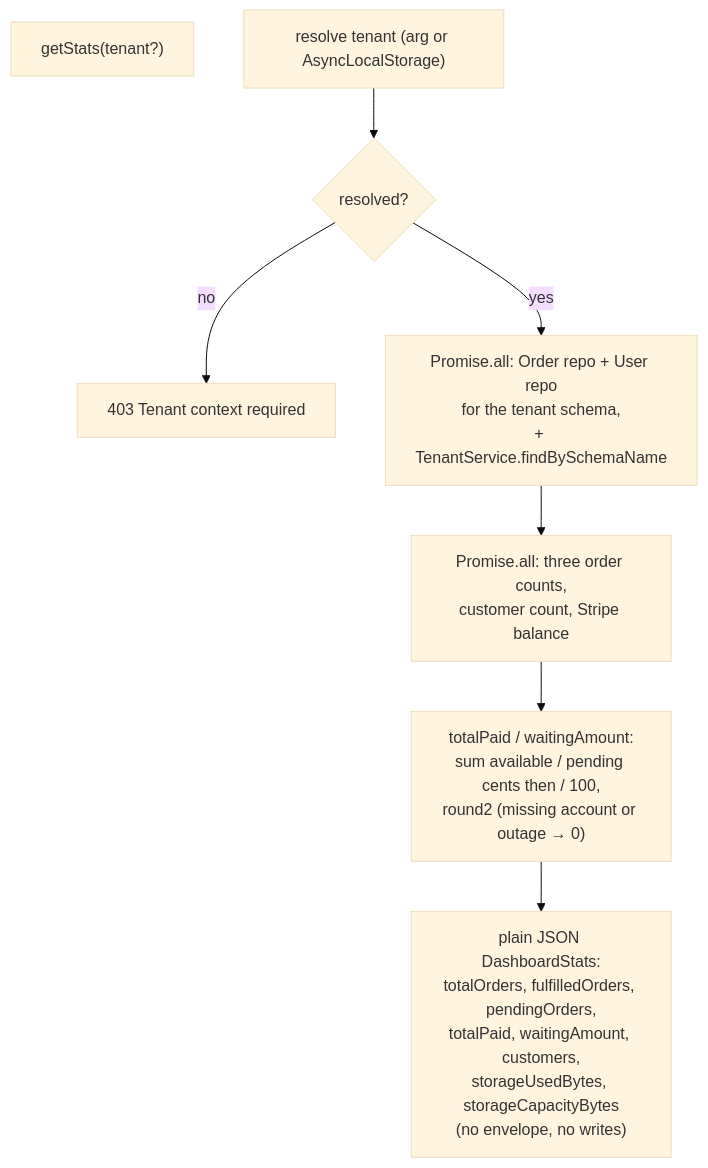
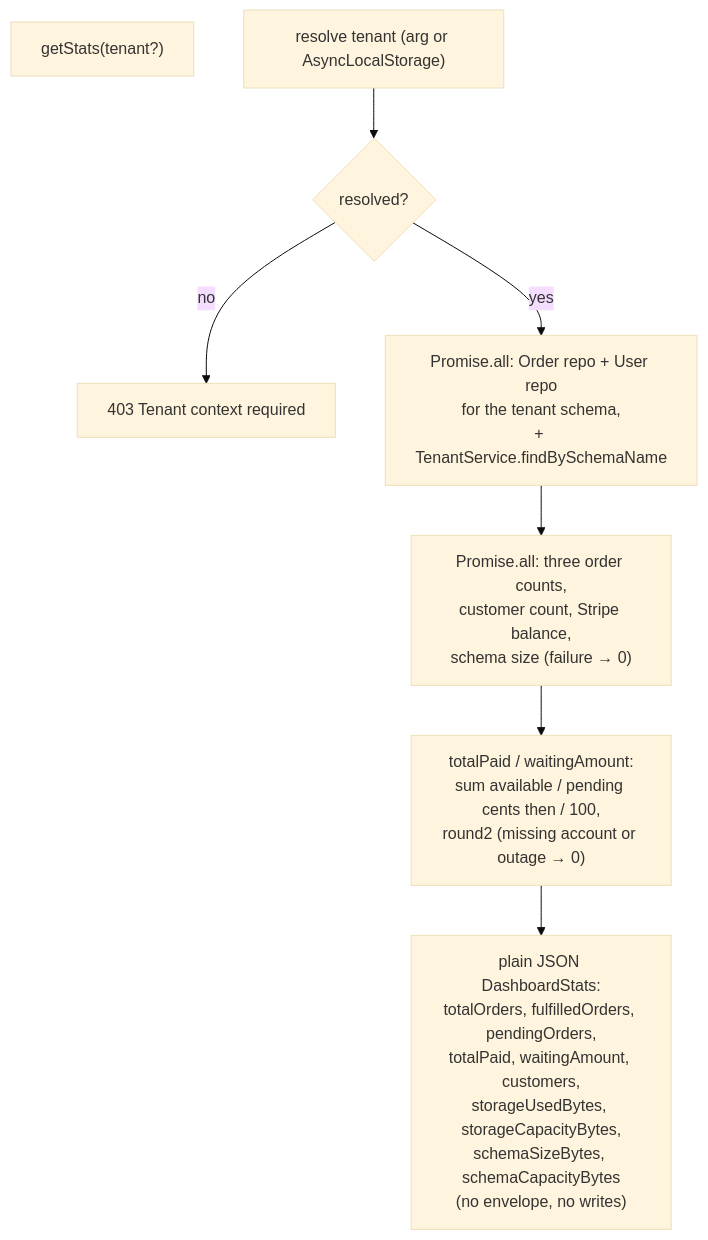
Before and after one commit to DevBassel/saas_commerce: the second of 2 diagrams in apps/api/src/modules/dashboard/workflow.md, drawn with Mermaid (base theme). The commit also changed other lines of this file and 158 other files, not shown here.

````diff
--- a/apps/api/src/modules/dashboard/workflow.md
+++ b/apps/api/src/modules/dashboard/workflow.md
@@ -30,10 +32,10 @@
 ```mermaid
 flowchart TD
     GS["getStats(tenant?)"]
         G0["resolve tenant (arg or AsyncLocalStorage)"] --> G1{"resolved?"}
         G1 -->|"no"| G1E["403 Tenant context required"]
         G1 -->|"yes"| G2["Promise.all: Order repo + User repo<br/>for the tenant schema,<br/>+ TenantService.findBySchemaName"]
-        G2 --> G3["Promise.all: three order counts,<br/>customer count, Stripe balance"]
+        G2 --> G3["Promise.all: three order counts,<br/>customer count, Stripe balance,<br/>schema size (failure → 0)"]
         G3 --> G4["totalPaid / waitingAmount:<br/>sum available / pending cents then / 100,<br/>round2 (missing account or outage → 0)"]
-        G4 --> G5["plain JSON DashboardStats:<br/>totalOrders, fulfilledOrders, pendingOrders,<br/>totalPaid, waitingAmount, customers,<br/>storageUsedBytes, storageCapacityBytes<br/>(no envelope, no writes)"]
+        G4 --> G5["plain JSON DashboardStats:<br/>totalOrders, fulfilledOrders, pendingOrders,<br/>totalPaid, waitingAmount, customers,<br/>storageUsedBytes, storageCapacityBytes,<br/>schemaSizeBytes, schemaCapacityBytes<br/>(no envelope, no writes)"]
 ```
````
